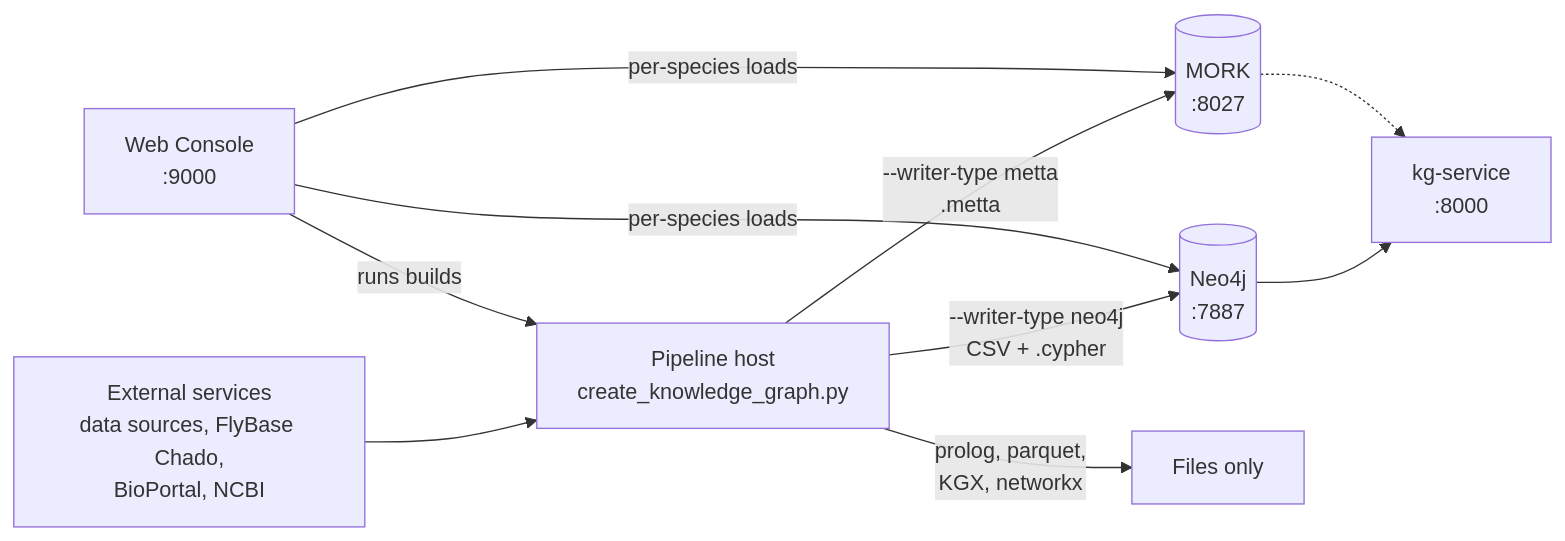
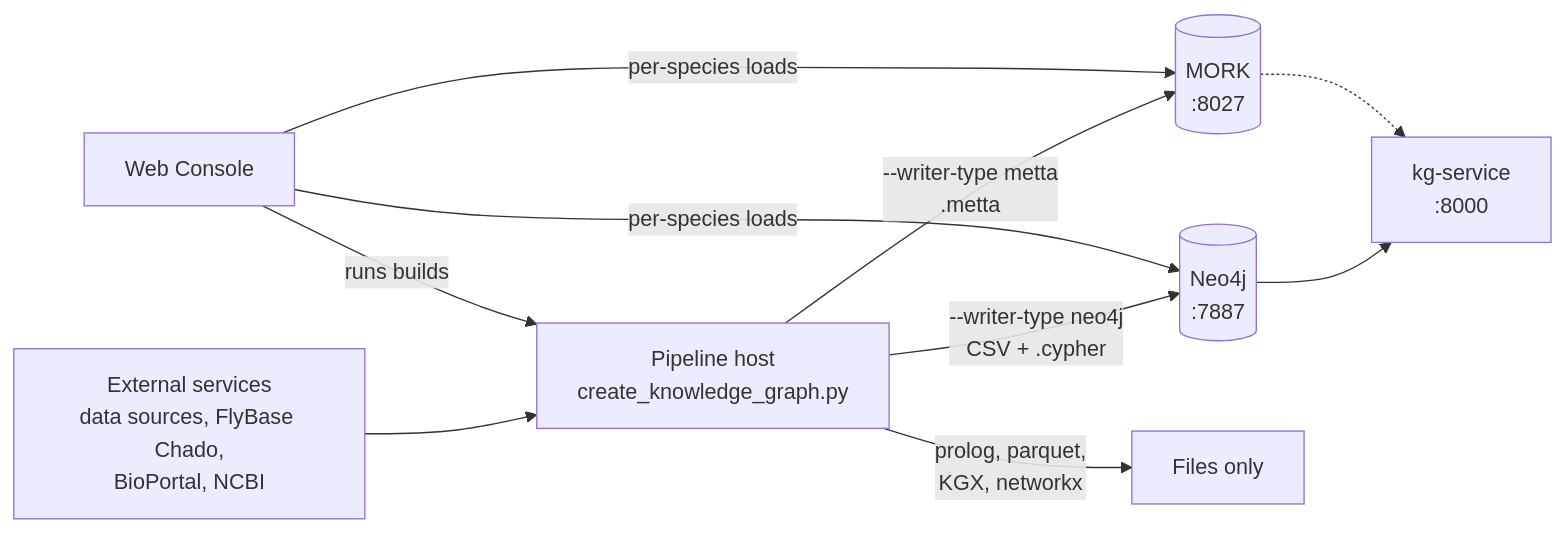
The diagram in docs/operations/deployment.md (rejuve-bio/biocypher-kg), drawn with Mermaid before and after one commit. The commit also changed other lines of this file and 1 other file, not shown here.

Commit message:
docs: the console's random port and server mode with a password

````diff
--- a/docs/operations/deployment.md
+++ b/docs/operations/deployment.md
@@ -24,12 +24,12 @@
 ```mermaid
 flowchart LR
     EXT["External services<br/>data sources, FlyBase Chado,<br/>BioPortal, NCBI"] --> P["Pipeline host<br/>create_knowledge_graph.py"]
     P -- "--writer-type neo4j<br/>CSV + .cypher" --> N[("Neo4j<br/>:7887")]
     P -- "--writer-type metta<br/>.metta" --> M[("MORK<br/>:8027")]
     P -- "prolog, parquet,<br/>KGX, networkx" --> F["Files only"]
     N --> K["kg-service<br/>:8000"]
     M -.-> K
-    C["Web Console<br/>:9000"] -- "runs builds" --> P
+    C["Web Console"] -- "runs builds" --> P
     C -- "per-species loads" --> N
     C -- "per-species loads" --> M
 ```
````
